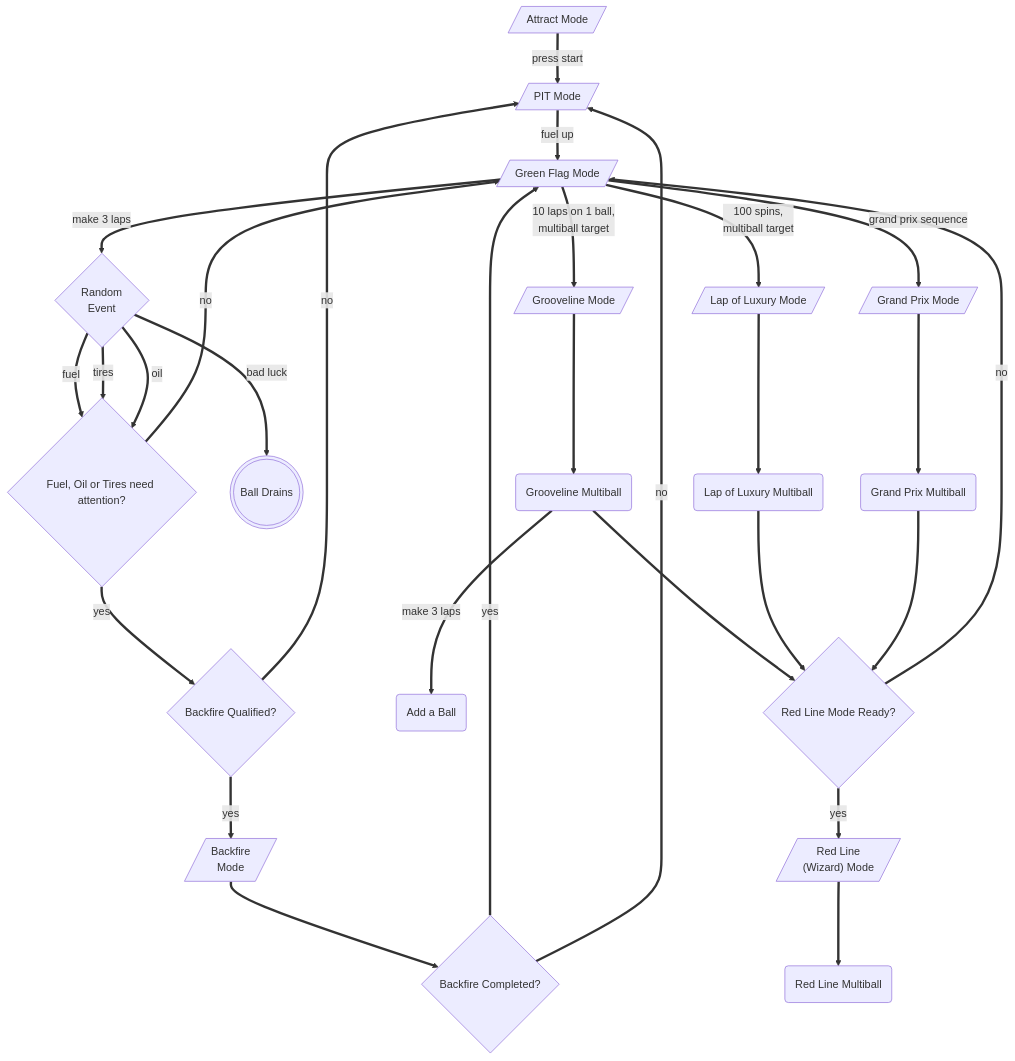
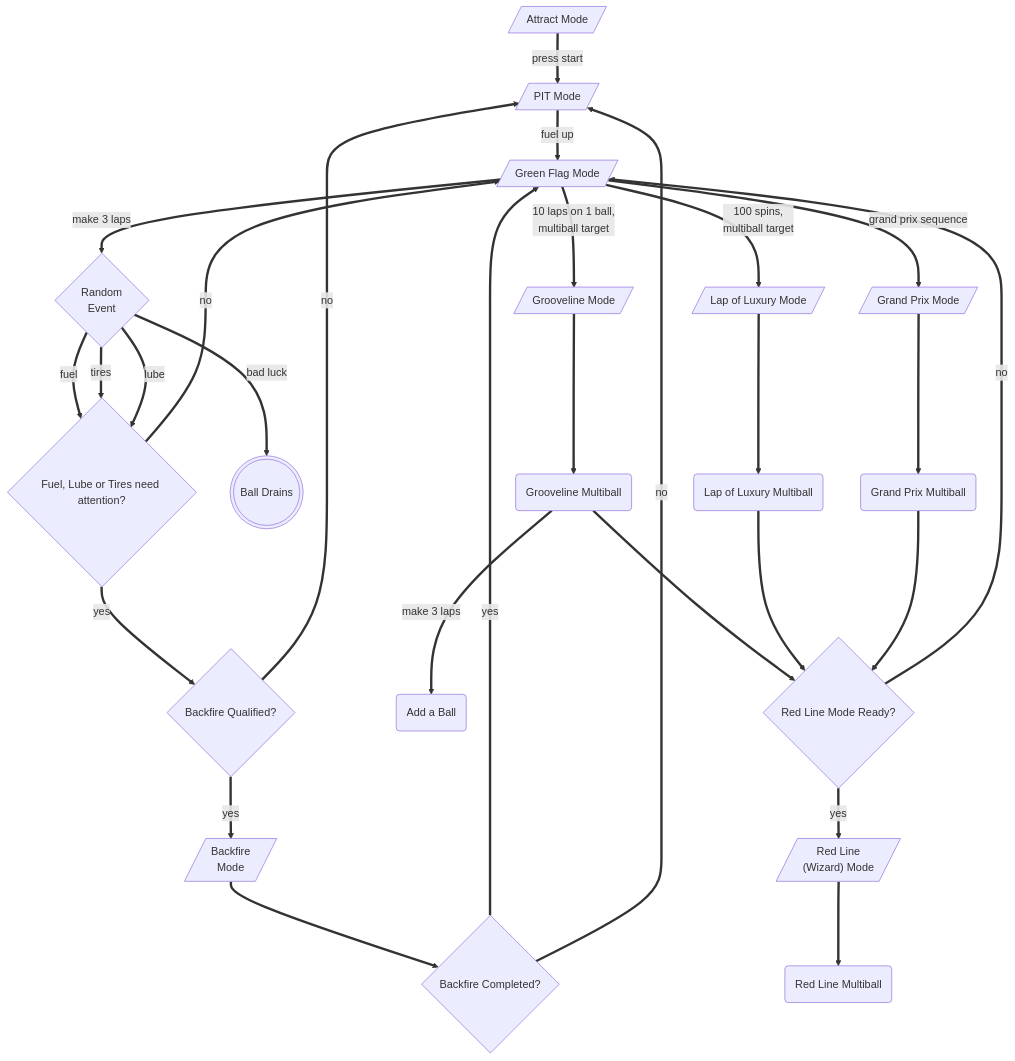
Before and after one commit to deathsave/grand-prix: the diagram in README.md, drawn with Mermaid. The commit also changed 29 other files, not shown here.

````diff
--- a/README.md
+++ b/README.md
@@ -25,32 +25,32 @@
 ```mermaid
 graph TD
   ATTRACT[/"Attract Mode"/] == press start ==> PIT[/"PIT Mode"/]
   PIT == fuel up ==> GREEN_FLAG[/"Green Flag Mode"/]
   GREEN_FLAG == make 3 laps ==> RANDOM1{"Random<br>Event"}
   GREEN_FLAG == 10 laps on 1 ball,<br>multiball target ==> GL_MODE[/"Grooveline Mode"/]
   GREEN_FLAG == 100 spins,<br>multiball target ==> LUX_MODE[/"Lap of Luxury Mode"/]
   GREEN_FLAG == grand prix sequence ==> GP_MODE[/"Grand Prix Mode"/]
   RANDOM1 == fuel ==>
-    IS_NEED_PIT{"Fuel, Oil or Tires need attention?"}
+    IS_NEED_PIT{"Fuel, Lube or Tires need attention?"}
   RANDOM1 == tires ==> IS_NEED_PIT
-  RANDOM1 == oil ==> IS_NEED_PIT
+  RANDOM1 == lube ==> IS_NEED_PIT
   RANDOM1 == bad luck ==> BALL_DRAINS((("Ball Drains")))
   IS_NEED_PIT == yes ==> IS_BACKFIRE_QUALIFIED{"Backfire Qualified?"}
   IS_BACKFIRE_QUALIFIED == yes ==> BACKFIRE_MODE[/"Backfire<br>Mode"/]
   IS_BACKFIRE_QUALIFIED == no ==> PIT
   BACKFIRE_MODE ==> IS_BACKFIRE_COMPLETED{"Backfire Completed?"}
   IS_BACKFIRE_COMPLETED == yes ==> GREEN_FLAG
   IS_BACKFIRE_COMPLETED == no ==> PIT
   IS_NEED_PIT == no ==> GREEN_FLAG
   GL_MODE ==> GL_MULTI("Grooveline Multiball")
   LUX_MODE ==> LUX_MULTI("Lap of Luxury Multiball")
   GP_MODE ==> GP_MULTI("Grand Prix Multiball")
   GL_MULTI == make 3 laps ==> GL_MULTI_ADD_BALL("Add a Ball")
   GL_MULTI ==>
       IS_RF_MODE_READY{"Red Line Mode Ready?"}
   LUX_MULTI ==> IS_RF_MODE_READY
   GP_MULTI ==> IS_RF_MODE_READY
   IS_RF_MODE_READY == yes ==> RF_MODE[/"Red Line<br>(Wizard) Mode"/]
   IS_RF_MODE_READY == no ==> GREEN_FLAG
   RF_MODE ==> RF_MULTI("Red Line Multiball")
 ```
````
